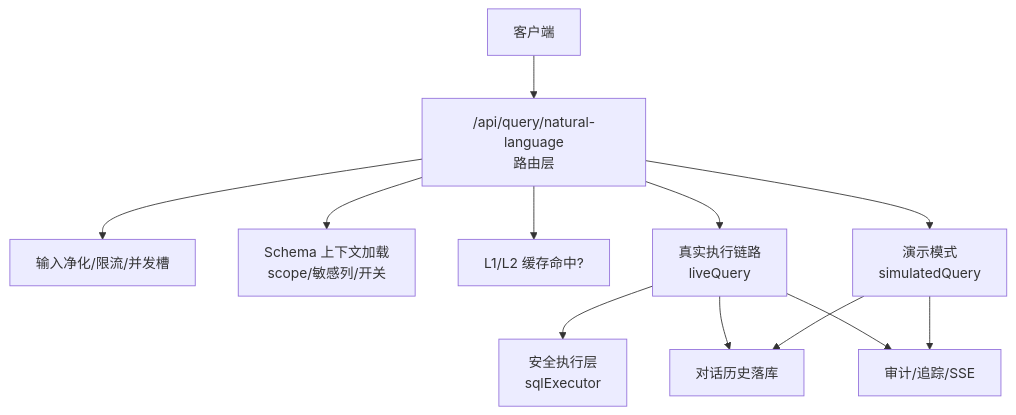
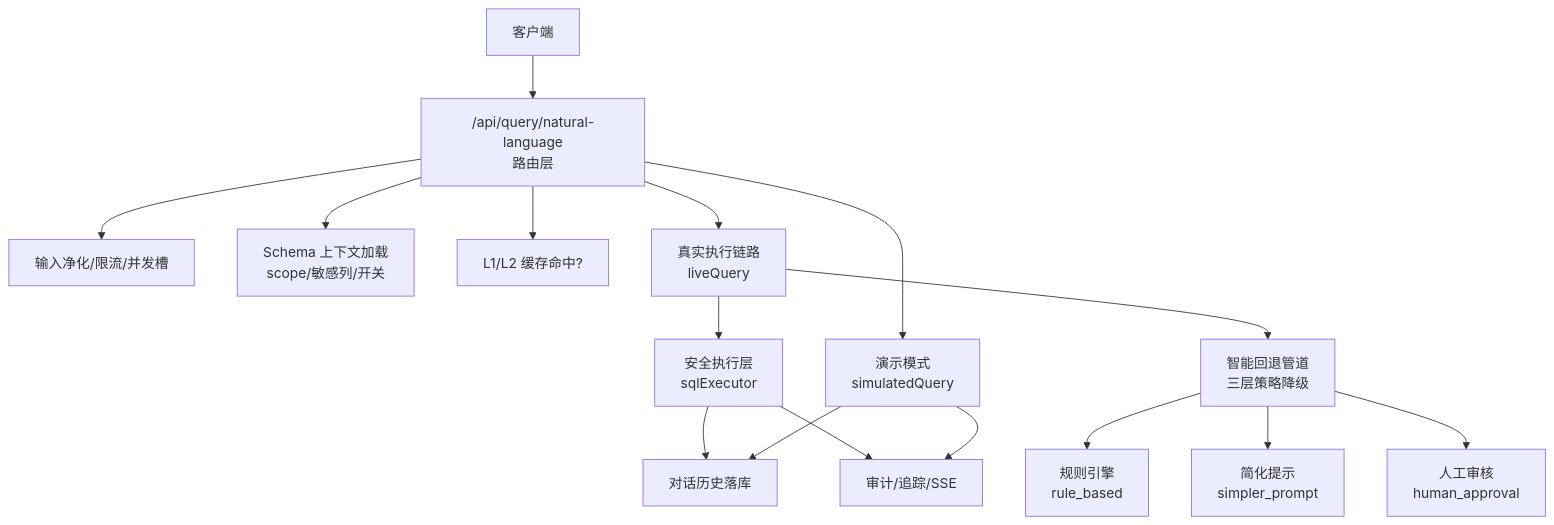
Before and after one commit to dgjin/smart-data-analytics: the first of 6 diagrams in .qoder/repowiki/zh/content/API参考/查询API/自然语言查询接口.md, drawn with Mermaid. The commit also changed other lines of this file and 10 other files, not shown here.

First line of the commit message:
feat(query): Strategy C Human Approval 人工审核队列（v0.9.45）

````diff
--- a/.qoder/repowiki/zh/content/API参考/查询API/自然语言查询接口.md
+++ b/.qoder/repowiki/zh/content/API参考/查询API/自然语言查询接口.md
@@ -43,14 +56,18 @@
 ```mermaid
 graph TB
 Client["客户端"] --> Route["/api/query/natural-language<br/>路由层"]
 Route --> Guard["输入净化/限流/并发槽"]
 Route --> SchemaCtx["Schema 上下文加载<br/>scope/敏感列/开关"]
 Route --> Cache["L1/L2 缓存命中?"]
 Route --> Live["真实执行链路<br/>liveQuery"]
 Route --> Sim["演示模式<br/>simulatedQuery"]
 Live --> Exec["安全执行层<br/>sqlExecutor"]
-Live --> History["对话历史落库"]
-Live --> Audit["审计/追踪/SSE"]
+Live --> Fallback["智能回退管道<br/>三层策略降级"]
+Fallback --> Rule["规则引擎<br/>rule_based"]
+Fallback --> Prompt["简化提示<br/>simpler_prompt"]
+Fallback --> Human["人工审核<br/>human_approval"]
+Exec --> History["对话历史落库"]
+Exec --> Audit["审计/追踪/SSE"]
 Sim --> History
 Sim --> Audit
 ```
````
